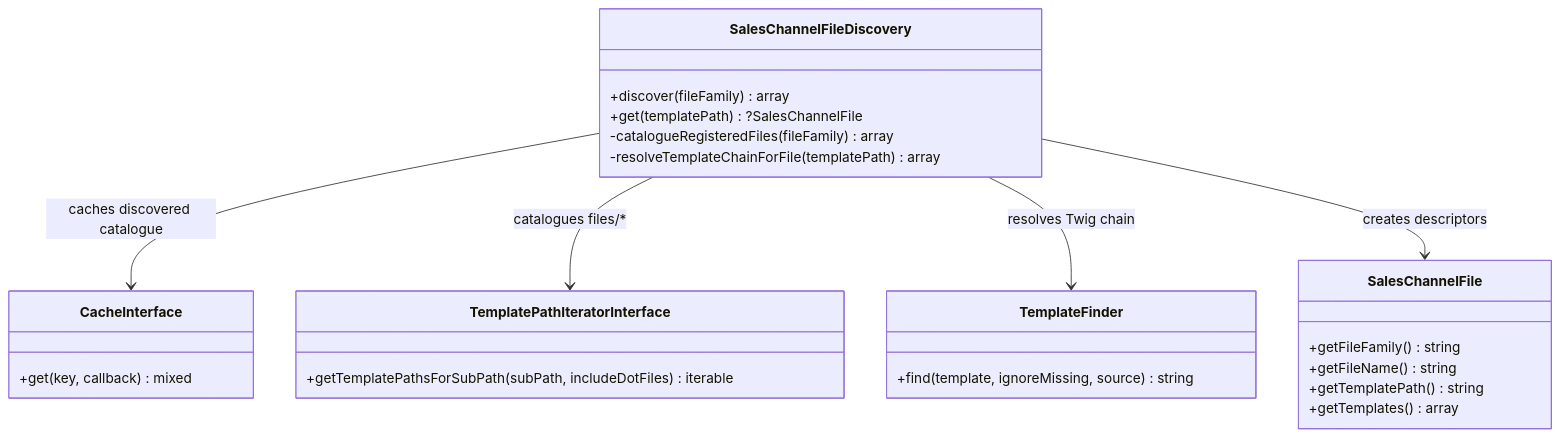
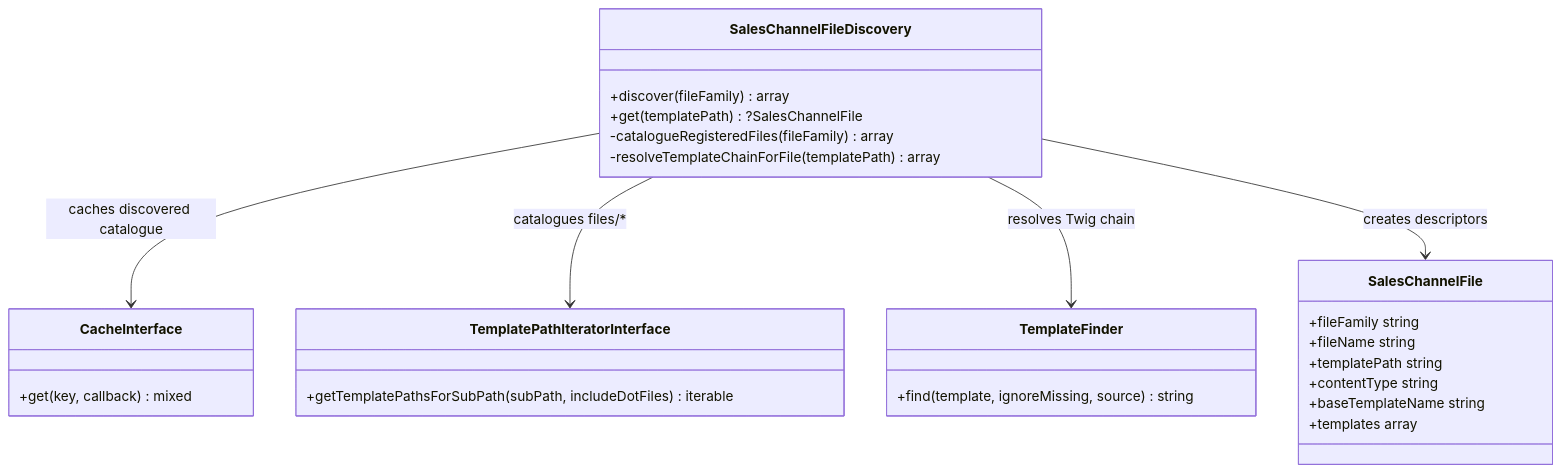
Before and after one commit to shopware/shopware: the first of 2 diagrams in src/Core/System/SalesChannel/File/README.md, drawn with Mermaid. The commit also changed 9 other files, not shown here.

````diff
--- a/src/Core/System/SalesChannel/File/README.md
+++ b/src/Core/System/SalesChannel/File/README.md
@@ -34,33 +34,35 @@
 ```mermaid
 classDiagram
     class SalesChannelFileDiscovery {
         +discover(fileFamily) array
         +get(templatePath) ?SalesChannelFile
         -catalogueRegisteredFiles(fileFamily) array
         -resolveTemplateChainForFile(templatePath) array
     }
 
     class TemplatePathIteratorInterface {
         +getTemplatePathsForSubPath(subPath, includeDotFiles) iterable
     }
 
     class TemplateFinder {
         +find(template, ignoreMissing, source) string
     }
 
     class CacheInterface {
         +get(key, callback) mixed
     }
 
     class SalesChannelFile {
-        +getFileFamily() string
-        +getFileName() string
-        +getTemplatePath() string
-        +getTemplates() array
+        +fileFamily string
+        +fileName string
+        +templatePath string
+        +contentType string
+        +baseTemplateName string
+        +templates array
     }
 
     SalesChannelFileDiscovery --> CacheInterface : caches discovered catalogue
     SalesChannelFileDiscovery --> TemplatePathIteratorInterface : catalogues files/*
     SalesChannelFileDiscovery --> TemplateFinder : resolves Twig chain
     SalesChannelFileDiscovery --> SalesChannelFile : creates descriptors
 ```
````
